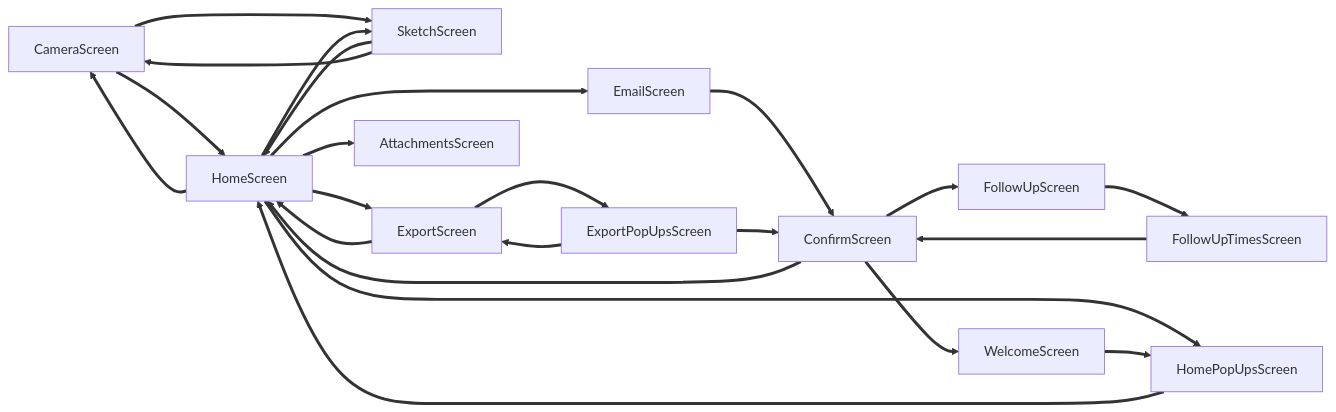
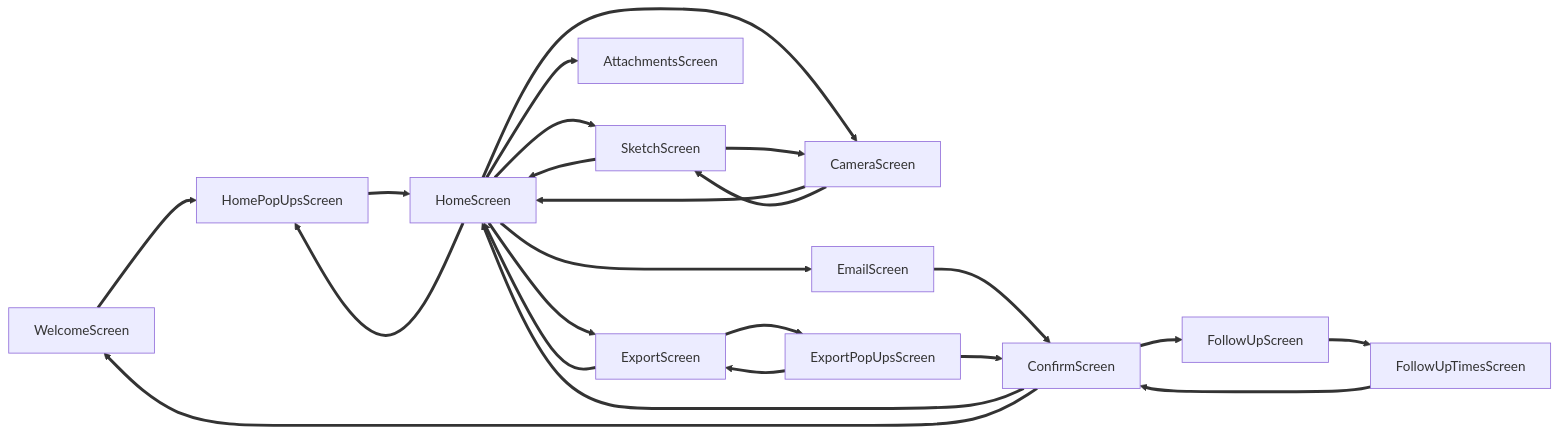
Before and after one commit to sebastian-muthwill/powerapps-docstring: the diagram in example/Meeting Capture Demo-doc.md, drawn with Mermaid. The commit also changed other lines of this file, not shown here.

```diff
--- a/example/Meeting Capture Demo-doc.md
+++ b/example/Meeting Capture Demo-doc.md
@@ -110,25 +108,25 @@
 :::mermaid  
 graph LR  
-CameraScreen ==> HomeScreen  
-CameraScreen ==> SketchScreen  
-ConfirmScreen ==> HomeScreen  
-ConfirmScreen ==> FollowUpScreen  
-ConfirmScreen ==> WelcomeScreen  
-EmailScreen ==> ConfirmScreen  
-ExportPopUpsScreen ==> ExportScreen  
-ExportPopUpsScreen ==> ConfirmScreen  
-ExportScreen ==> HomeScreen  
-ExportScreen ==> ExportPopUpsScreen  
-FollowUpScreen ==> FollowUpTimesScreen  
-FollowUpTimesScreen ==> ConfirmScreen  
-HomePopUpsScreen ==> HomeScreen  
+WelcomeScreen ==> HomePopUpsScreen  
 HomeScreen ==> SketchScreen  
 HomeScreen ==> CameraScreen  
 HomeScreen ==> EmailScreen  
 HomeScreen ==> AttachmentsScreen  
 HomeScreen ==> ExportScreen  
 HomeScreen ==> HomePopUpsScreen  
 SketchScreen ==> HomeScreen  
 SketchScreen ==> CameraScreen  
-WelcomeScreen ==> HomePopUpsScreen  
+CameraScreen ==> HomeScreen  
+CameraScreen ==> SketchScreen  
+EmailScreen ==> ConfirmScreen  
+ConfirmScreen ==> HomeScreen  
+ConfirmScreen ==> FollowUpScreen  
+ConfirmScreen ==> WelcomeScreen  
+ExportScreen ==> HomeScreen  
+ExportScreen ==> ExportPopUpsScreen  
+FollowUpScreen ==> FollowUpTimesScreen  
+FollowUpTimesScreen ==> ConfirmScreen  
+HomePopUpsScreen ==> HomeScreen  
+ExportPopUpsScreen ==> ExportScreen  
+ExportPopUpsScreen ==> ConfirmScreen  
 :::
```
